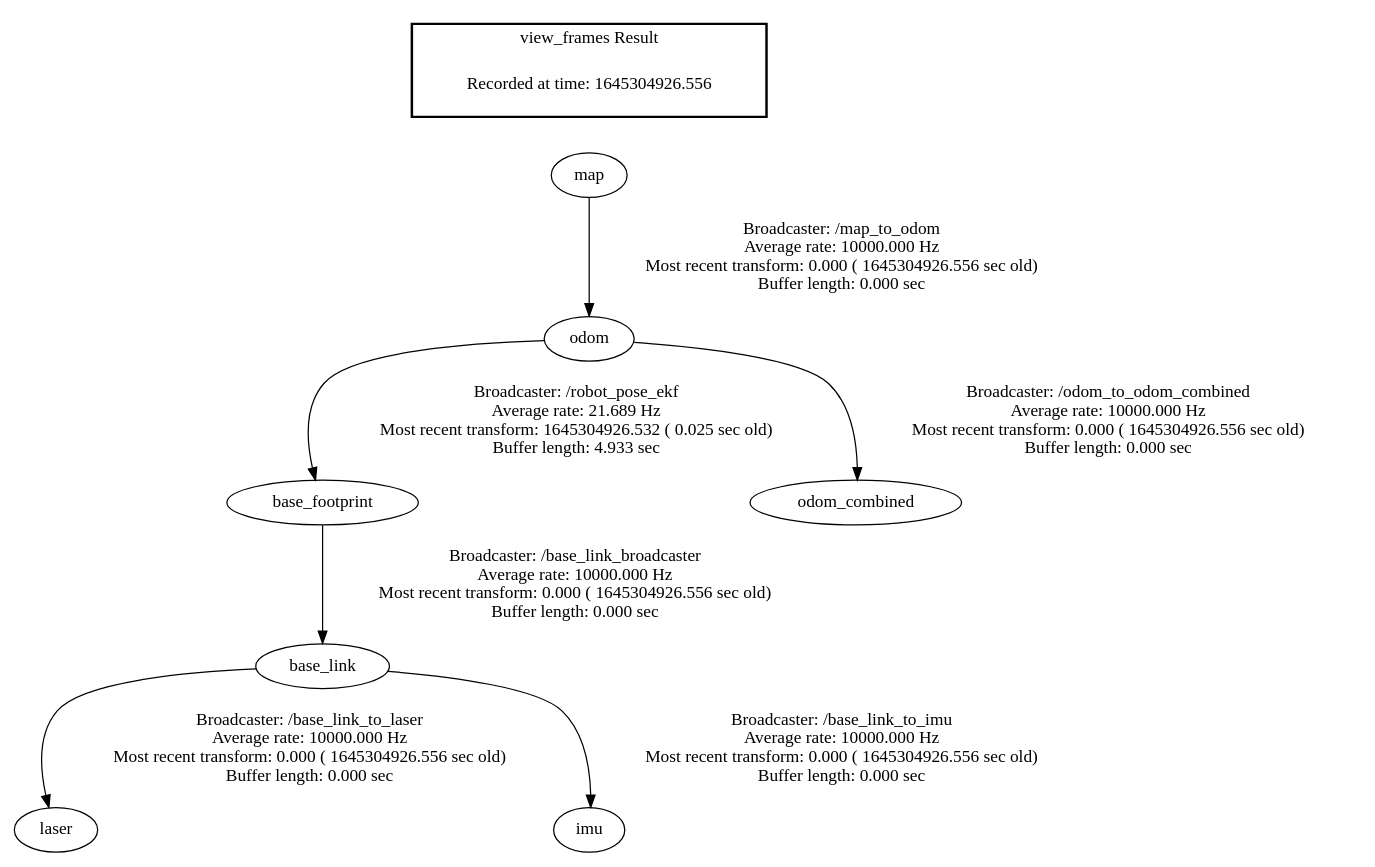
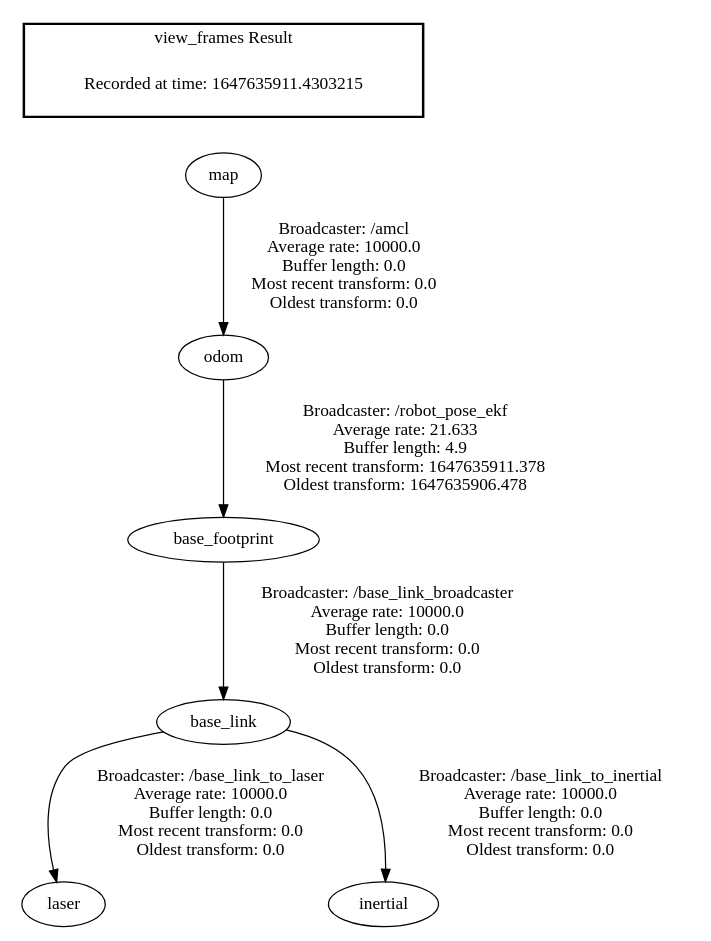
The diagram in catkin_ws/frames.gv (Aemon777/chickies-robot), drawn with Graphviz before and after one commit. The commit also changed 4 other files, not shown here.

```diff
--- a/catkin_ws/frames.gv
+++ b/catkin_ws/frames.gv
@@ -1,12 +1,11 @@
 digraph G {
-"odom" -> "base_footprint"[label="Broadcaster: /robot_pose_ekf\nAverage rate: 21.689 Hz\nMost recent transform: 1645304926.532 ( 0.025 sec old)\nBuffer length: 4.933 sec\n"];
-"map" -> "odom"[label="Broadcaster: /map_to_odom\nAverage rate: 10000.000 Hz\nMost recent transform: 0.000 ( 1645304926.556 sec old)\nBuffer length: 0.000 sec\n"];
-"base_link" -> "laser"[label="Broadcaster: /base_link_to_laser\nAverage rate: 10000.000 Hz\nMost recent transform: 0.000 ( 1645304926.556 sec old)\nBuffer length: 0.000 sec\n"];
-"base_footprint" -> "base_link"[label="Broadcaster: /base_link_broadcaster\nAverage rate: 10000.000 Hz\nMost recent transform: 0.000 ( 1645304926.556 sec old)\nBuffer length: 0.000 sec\n"];
-"base_link" -> "imu"[label="Broadcaster: /base_link_to_imu\nAverage rate: 10000.000 Hz\nMost recent transform: 0.000 ( 1645304926.556 sec old)\nBuffer length: 0.000 sec\n"];
-"odom" -> "odom_combined"[label="Broadcaster: /odom_to_odom_combined\nAverage rate: 10000.000 Hz\nMost recent transform: 0.000 ( 1645304926.556 sec old)\nBuffer length: 0.000 sec\n"];
+"base_footprint" -> "base_link"[label=" Broadcaster: /base_link_broadcaster\nAverage rate: 10000.0\nBuffer length: 0.0\nMost recent transform: 0.0\nOldest transform: 0.0\n"];
+"odom" -> "base_footprint"[label=" Broadcaster: /robot_pose_ekf\nAverage rate: 21.633\nBuffer length: 4.9\nMost recent transform: 1647635911.378\nOldest transform: 1647635906.478\n"];
+"base_link" -> "laser"[label=" Broadcaster: /base_link_to_laser\nAverage rate: 10000.0\nBuffer length: 0.0\nMost recent transform: 0.0\nOldest transform: 0.0\n"];
+"map" -> "odom"[label=" Broadcaster: /amcl\nAverage rate: 10000.0\nBuffer length: 0.0\nMost recent transform: 0.0\nOldest transform: 0.0\n"];
+"base_link" -> "inertial"[label=" Broadcaster: /base_link_to_inertial\nAverage rate: 10000.0\nBuffer length: 0.0\nMost recent transform: 0.0\nOldest transform: 0.0\n"];
 edge [style=invis];
  subgraph cluster_legend { style=bold; color=black; label ="view_frames Result";
-"Recorded at time: 1645304926.556"[ shape=plaintext ] ;
- }->"map";
+"Recorded at time: 1647635911.4303215"[ shape=plaintext ] ;
+}->"map";
 }
```
